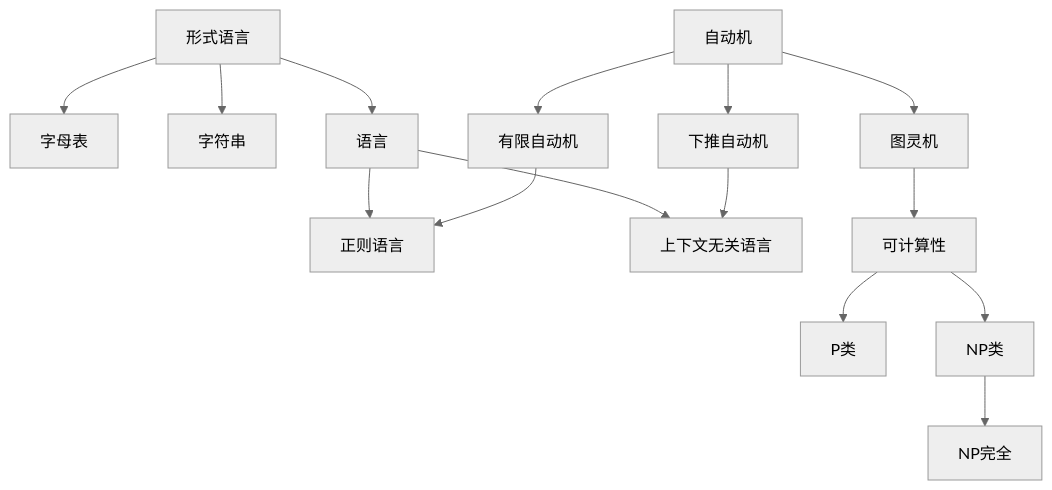
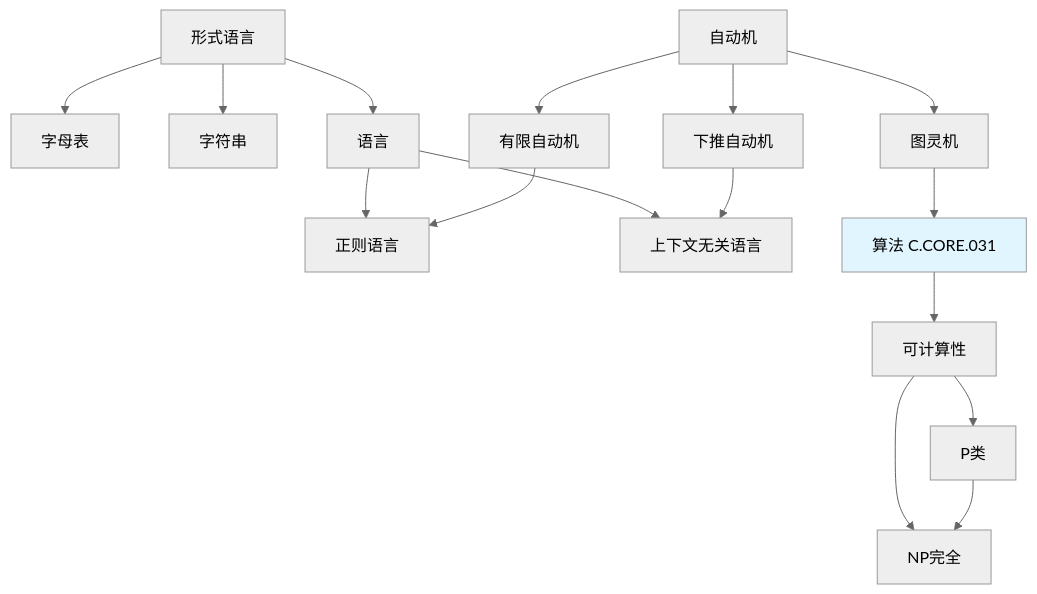
One commit to AdaMartin18010/FormalMath changed diagram 19 of 22 in concept/05-知识关联网络/01-概念级关联网络.md. Above: the diagram before and after it, drawn with Mermaid (neutral theme). The commit also changed other lines of this file and 45 other files, not shown here.

````diff
--- a/concept/05-知识关联网络/01-概念级关联网络.md
+++ b/concept/05-知识关联网络/01-概念级关联网络.md
@@ -441,17 +634,20 @@
 ```mermaid
 graph TD
     A[形式语言] --> B[字母表]
     A --> C[字符串]
     A --> D[语言]
     D --> E[正则语言]
     D --> F[上下文无关语言]
     G[自动机] --> H[有限自动机]
     G --> I[下推自动机]
     G --> J[图灵机]
     H --> E
     I --> F
-    J --> K[可计算性]
-    K --> L[P类]
-    K --> M[NP类]
+    J --> K[算法 C.CORE.031]
+    K --> L[可计算性]
+    L --> M[P类]
+    L --> N[NP类]
+
+    style K fill:#e1f5ff
     M --> N[NP完全]
 ```
````
